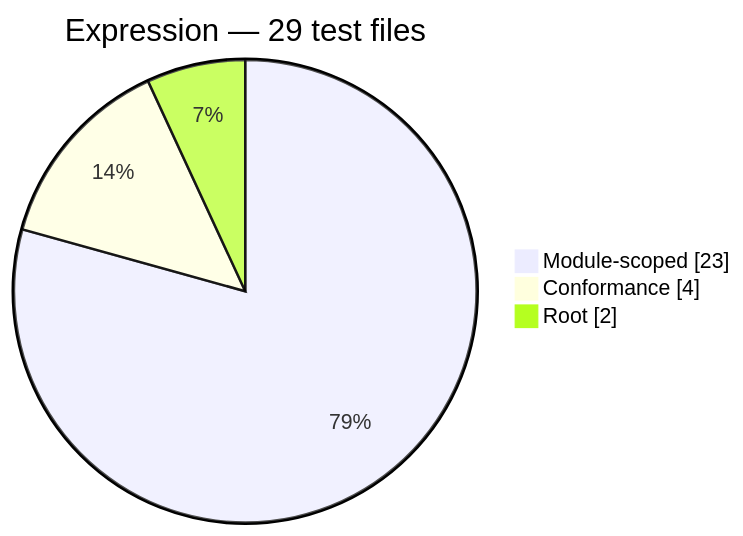
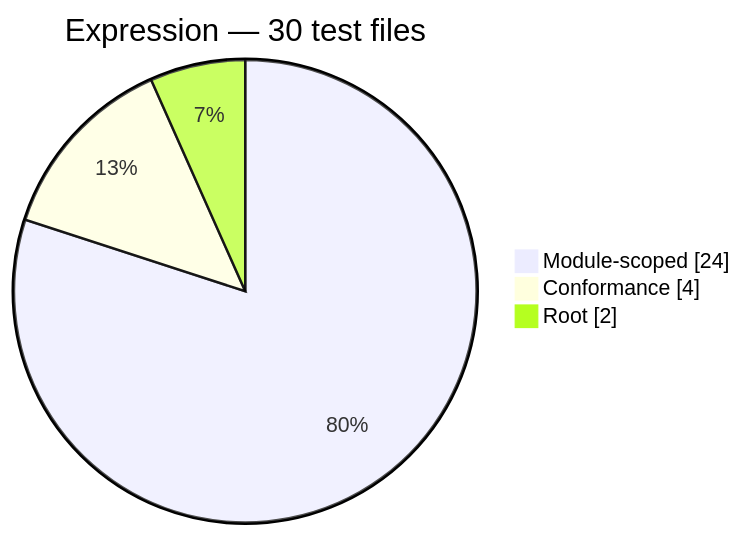
One commit to PHP-Arazzo/php-arazzo changed the second of 13 diagrams in docs/generated/test-composition.md. Above: the diagram before and after it, drawn with Mermaid. The commit also changed other lines of this file and 12 other files, not shown here.

````diff
--- a/docs/generated/test-composition.md
+++ b/docs/generated/test-composition.md
@@ -30,7 +30,7 @@
 ```mermaid
 pie showData
-    title Expression — 29 test files
-    "Module-scoped": 23
+    title Expression — 30 test files
+    "Module-scoped": 24
     "Conformance": 4
     "Root": 2
 ```
````
